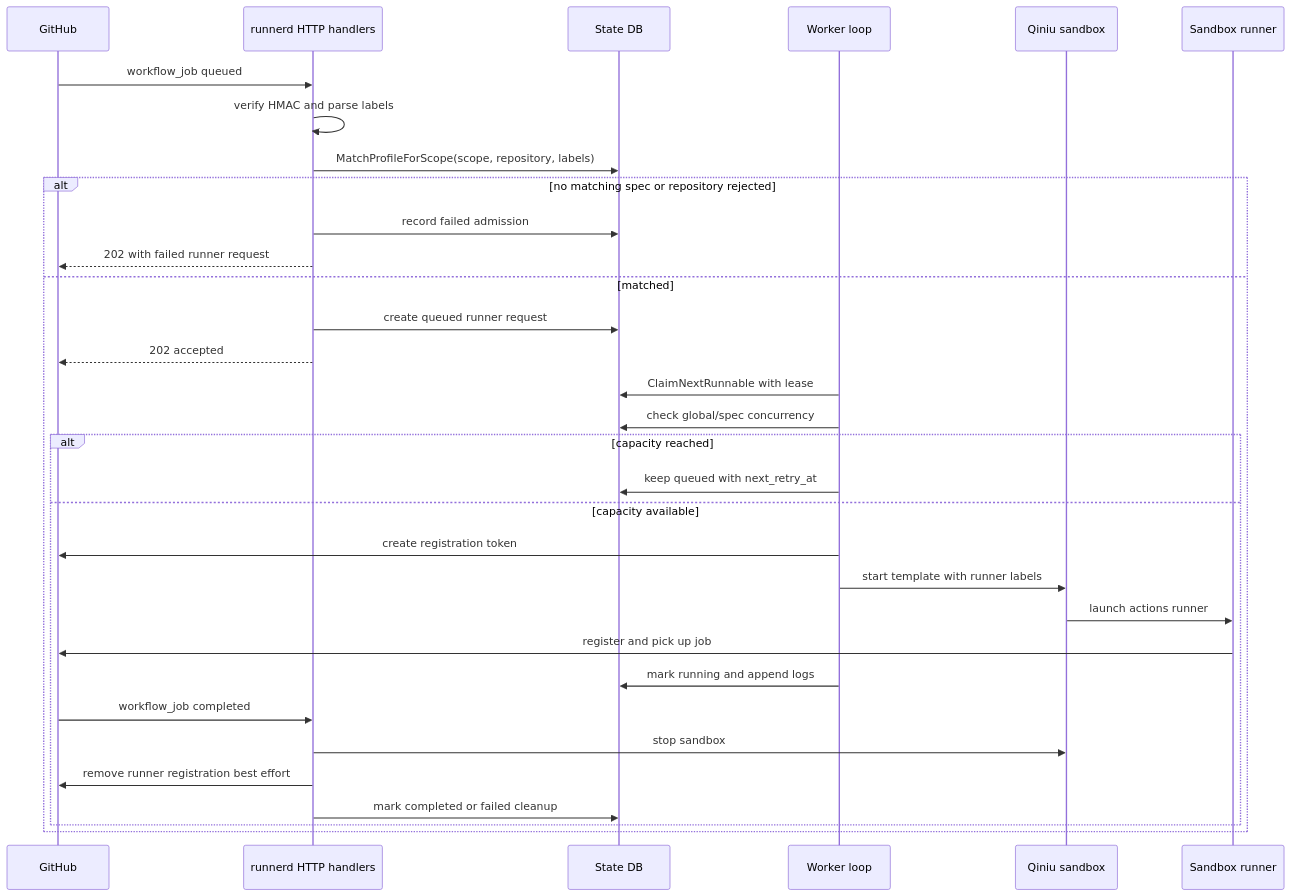
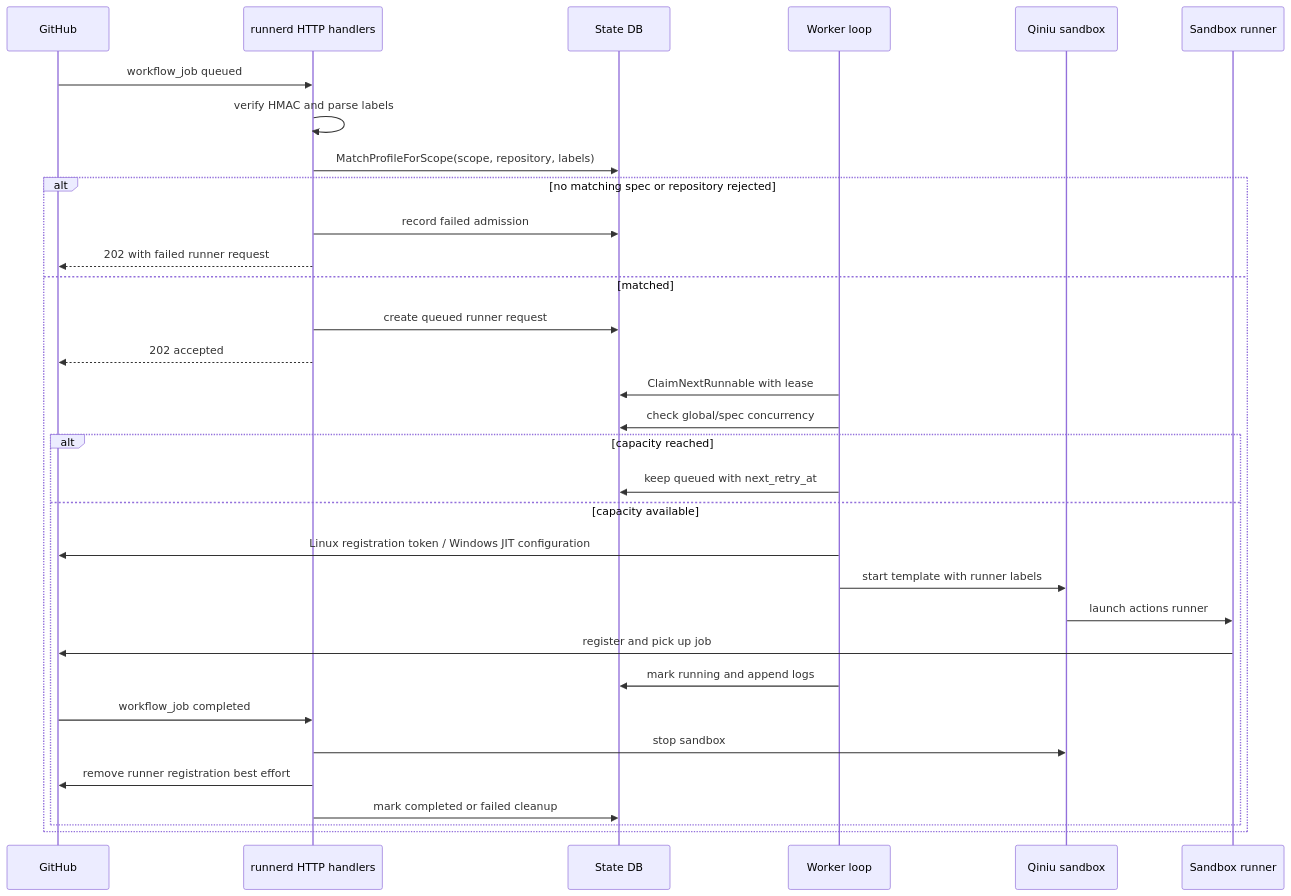
The third of 6 diagrams in docs/runner-architecture-comparison.md (qiniu/ci-runner), drawn with Mermaid before and after one commit. The commit also changed other lines of this file and 15 other files, not shown here.

First line of the commit message:
fix(runners): use JIT registration on Windows

````diff
--- a/docs/runner-architecture-comparison.md
+++ b/docs/runner-architecture-comparison.md
@@ -92,35 +92,35 @@
 ```mermaid
 sequenceDiagram
   participant GH as GitHub
   participant HTTP as runnerd HTTP handlers
   participant Store as State DB
   participant Worker as Worker loop
   participant QiniuSandbox as Qiniu sandbox
   participant Runner as Sandbox runner
 
   GH->>HTTP: workflow_job queued
   HTTP->>HTTP: verify HMAC and parse labels
   HTTP->>Store: MatchProfileForScope(scope, repository, labels)
   alt no matching spec or repository rejected
     HTTP->>Store: record failed admission
     HTTP-->>GH: 202 with failed runner request
   else matched
     HTTP->>Store: create queued runner request
     HTTP-->>GH: 202 accepted
     Worker->>Store: ClaimNextRunnable with lease
     Worker->>Store: check global/spec concurrency
     alt capacity reached
       Worker->>Store: keep queued with next_retry_at
     else capacity available
-      Worker->>GH: create registration token
+      Worker->>GH: Linux registration token / Windows JIT configuration
       Worker->>QiniuSandbox: start template with runner labels
       QiniuSandbox->>Runner: launch actions runner
       Runner->>GH: register and pick up job
       Worker->>Store: mark running and append logs
       GH->>HTTP: workflow_job completed
       HTTP->>QiniuSandbox: stop sandbox
       HTTP->>GH: remove runner registration best effort
       HTTP->>Store: mark completed or failed cleanup
     end
   end
 ```
````
